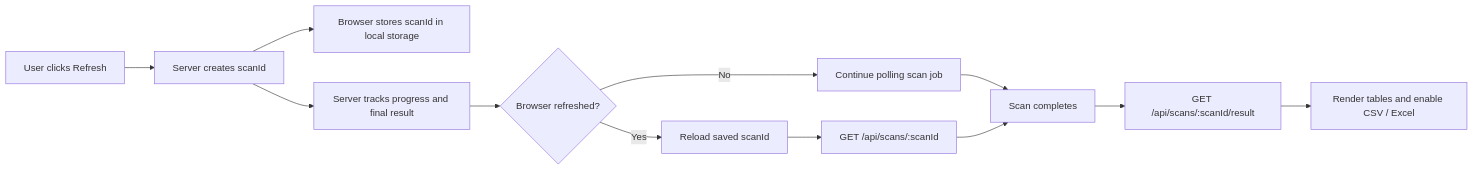
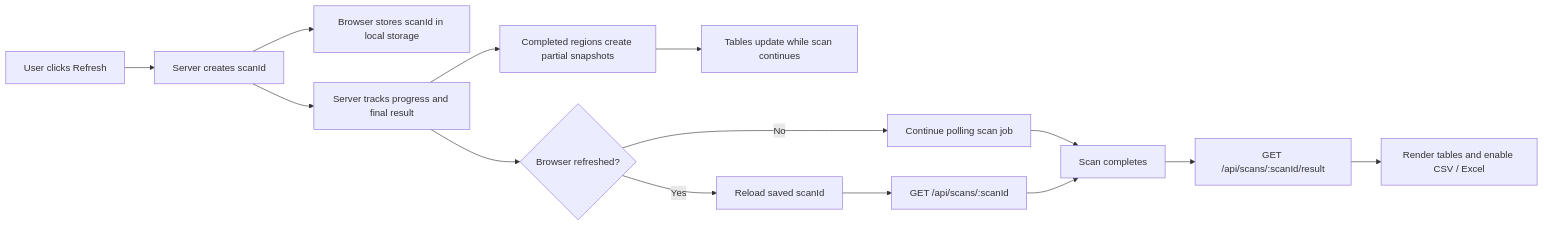
One commit to nafey1/oci-service-limits changed the diagram in README.md. Above: the diagram before and after it, drawn with Mermaid. The commit also changed other lines of this file and 8 other files, not shown here.

````diff
--- a/README.md
+++ b/README.md
@@ -159,14 +188,16 @@
 ```mermaid
 flowchart LR
   A["User clicks Refresh"] --> B["Server creates scanId"]
   B --> C["Browser stores scanId in local storage"]
   B --> D["Server tracks progress and final result"]
+  D --> L["Completed regions create partial snapshots"]
+  L --> M["Tables update while scan continues"]
   D --> E{"Browser refreshed?"}
   E -->|No| F["Continue polling scan job"]
   E -->|Yes| G["Reload saved scanId"]
   G --> H["GET /api/scans/:scanId"]
   F --> I["Scan completes"]
   H --> I
   I --> J["GET /api/scans/:scanId/result"]
   J --> K["Render tables and enable CSV / Excel"]
 ```
````
